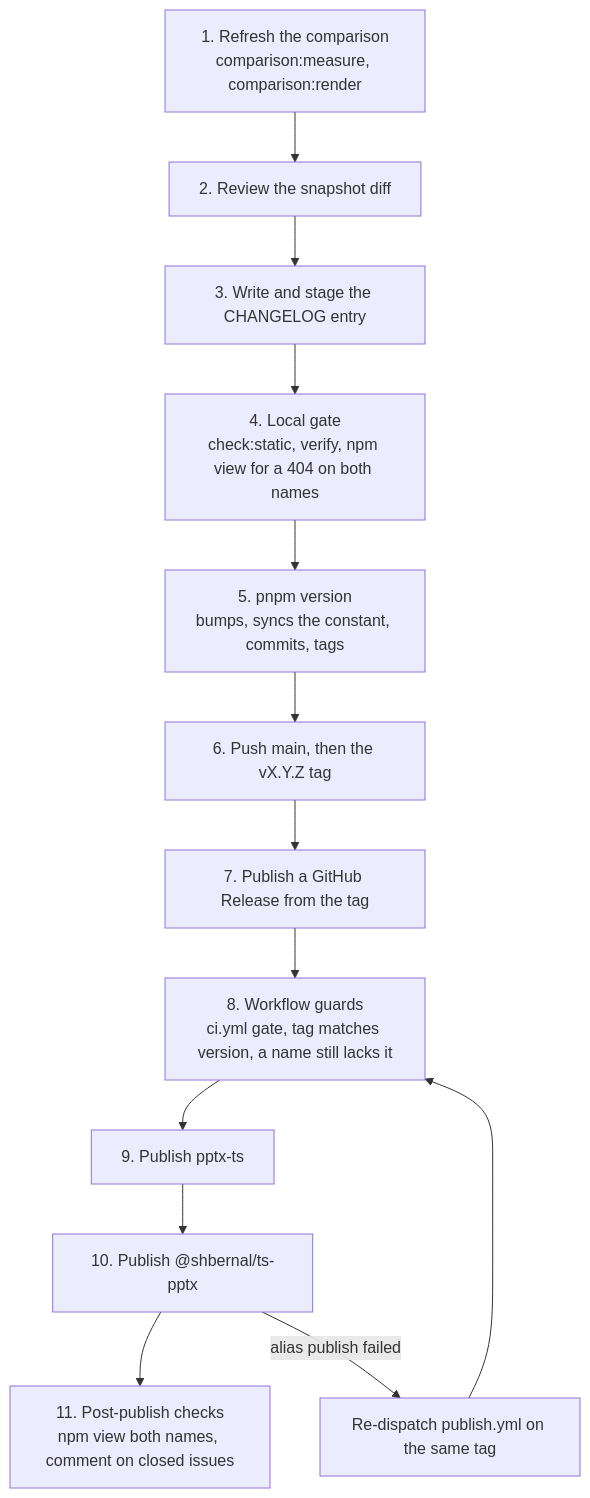
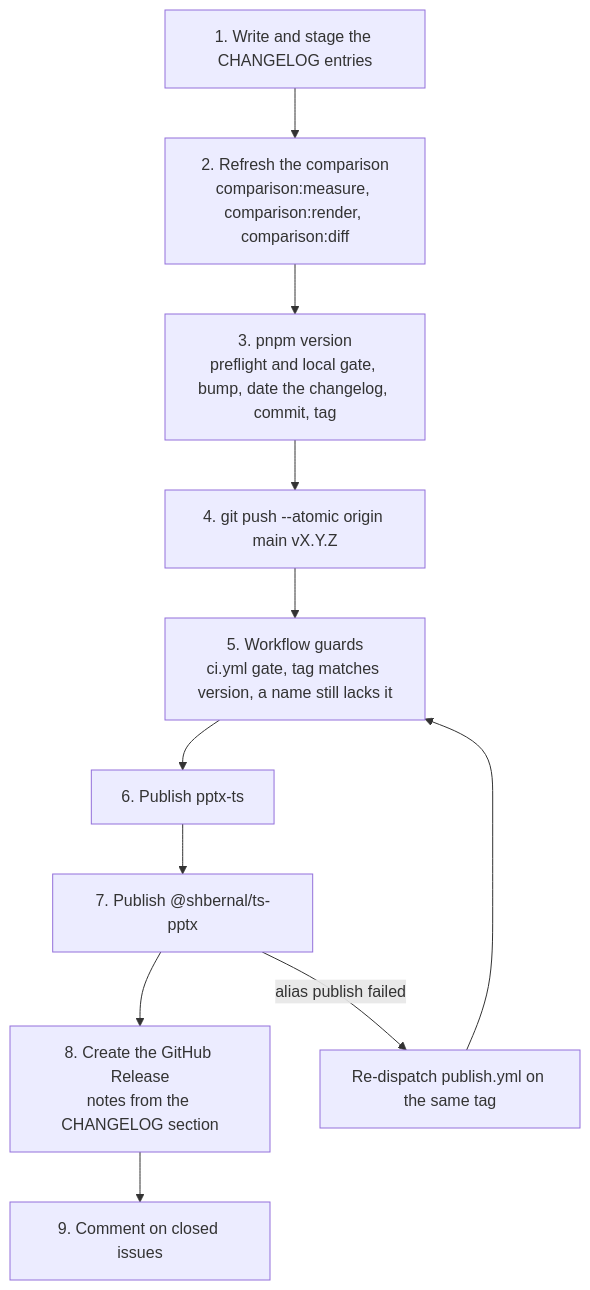
The diagram in docs/contributing/releasing.md (shbernal/pptx-ts), drawn with Mermaid before and after one commit. The commit also changed other lines of this file and 12 other files, not shown here.

First line of the commit message:
ci(release): release on tag push and move the skill's checks into scripts (#296)

````diff
--- a/docs/contributing/releasing.md
+++ b/docs/contributing/releasing.md
@@ -28,15 +29,13 @@
 ```mermaid
 flowchart TD
-  s1["1. Refresh the comparison<br/>comparison:measure, comparison:render"] --> s2["2. Review the snapshot diff"]
-  s2 --> s3["3. Write and stage the CHANGELOG entry"]
-  s3 --> s4["4. Local gate<br/>check:static, verify, npm view for a 404 on both names"]
-  s4 --> s5["5. pnpm version<br/>bumps, syncs the constant, commits, tags"]
-  s5 --> s6["6. Push main, then the vX.Y.Z tag"]
-  s6 --> s7["7. Publish a GitHub Release from the tag"]
-  s7 --> s8["8. Workflow guards<br/>ci.yml gate, tag matches version, a name still lacks it"]
-  s8 --> s9["9. Publish pptx-ts"]
-  s9 --> s10["10. Publish @shbernal/ts-pptx"]
-  s10 --> s11["11. Post-publish checks<br/>npm view both names, comment on closed issues"]
-  s10 -- "alias publish failed" --> retry["Re-dispatch publish.yml on the same tag"]
-  retry --> s8
+  s1["1. Write and stage the CHANGELOG entries"] --> s2["2. Refresh the comparison<br/>comparison:measure, comparison:render, comparison:diff"]
+  s2 --> s3["3. pnpm version<br/>preflight and local gate, bump, date the changelog, commit, tag"]
+  s3 --> s4["4. git push --atomic origin main vX.Y.Z"]
+  s4 --> s5["5. Workflow guards<br/>ci.yml gate, tag matches version, a name still lacks it"]
+  s5 --> s6["6. Publish pptx-ts"]
+  s6 --> s7["7. Publish @shbernal/ts-pptx"]
+  s7 --> s8["8. Create the GitHub Release<br/>notes from the CHANGELOG section"]
+  s8 --> s9["9. Comment on closed issues"]
+  s7 -- "alias publish failed" --> retry["Re-dispatch publish.yml on the same tag"]
+  retry --> s5
 ```
````
